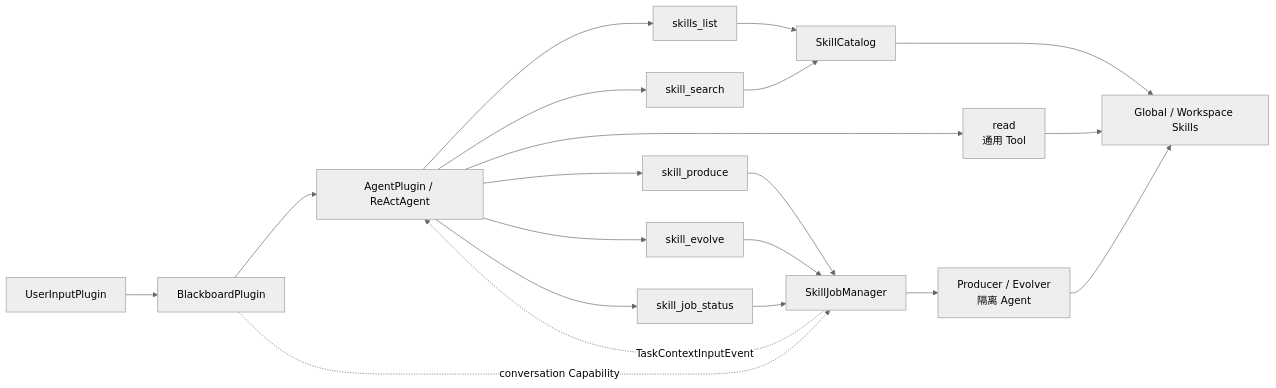
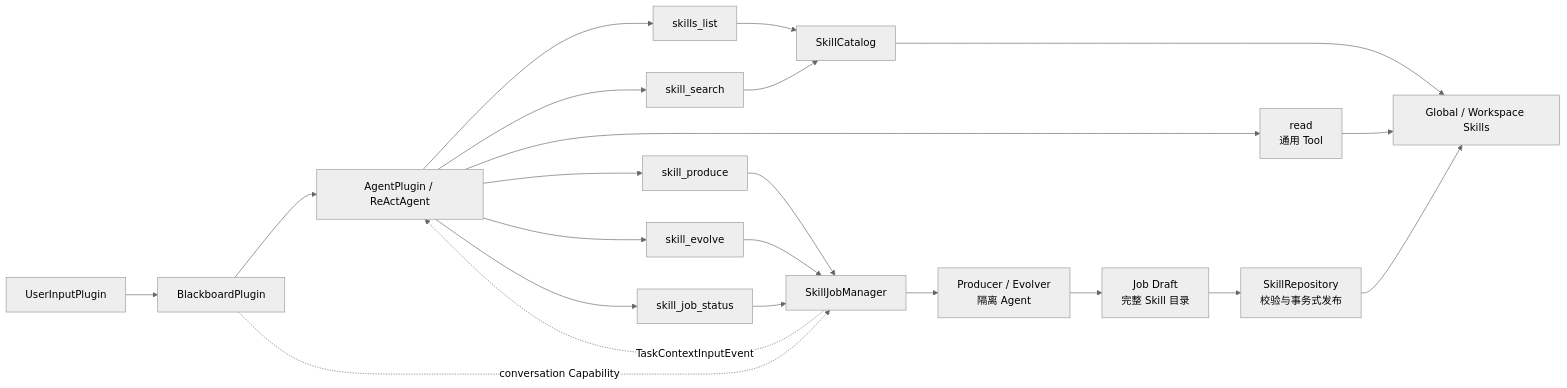
Before and after one commit to Removel/Icarus: the diagram in apps/agent/docs/arch/skill-plugin-design.md, drawn with Mermaid (neutral theme). The commit also changed other lines of this file and 5 other files, not shown here.

Commit message:
docs(agent): align skill design and next roadmap

````diff
--- a/apps/agent/docs/arch/skill-plugin-design.md
+++ b/apps/agent/docs/arch/skill-plugin-design.md
@@ -68,31 +71,36 @@
 ```mermaid
 flowchart LR
     U["UserInputPlugin"]
     B["BlackboardPlugin"]
     A["AgentPlugin / ReActAgent"]
     L["skills_list"]
     S["skill_search"]
     R["read
 通用 Tool"]
     P["skill_produce"]
     E["skill_evolve"]
     Q["skill_job_status"]
     C["SkillCatalog"]
     J["SkillJobManager"]
     W["Producer / Evolver
 隔离 Agent"]
+    D["Job Draft
+完整 Skill 目录"]
+    RP["SkillRepository
+校验与事务式发布"]
     FS["Global / Workspace Skills"]
 
     U --> B --> A
     A --> L --> C
     A --> S --> C
     C --> FS
     A --> R --> FS
     A --> P --> J
     A --> E --> J
     A --> Q --> J
     B -. "conversation Capability" .-> J
     J --> W
-    W --> FS
+    W --> D
+    D --> RP --> FS
     J -. "TaskContextInputEvent" .-> A
 ```
````
